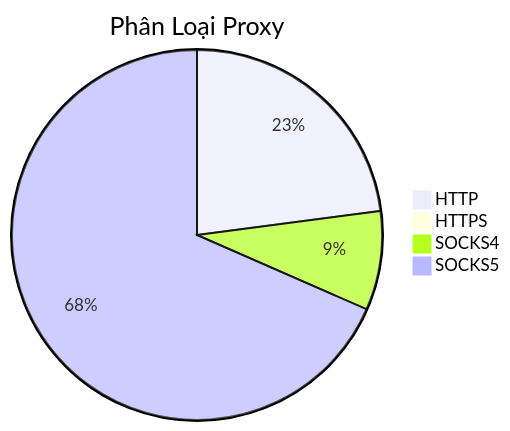
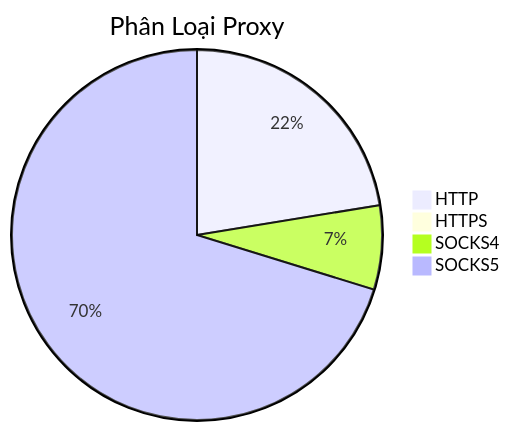
The diagram in README.md (Ciara-12/PROXY-free), drawn with Mermaid before and after one commit. The commit also changed other lines of this file and 4 other files, not shown here.

````diff
--- a/README.md
+++ b/README.md
@@ -26,7 +26,7 @@
 ```mermaid
 pie title Phân Loại Proxy
-    "HTTP" : 1334
-    "HTTPS" : 2
-    "SOCKS4" : 503
-    "SOCKS5" : 3982
+    "HTTP" : 1219
+    "HTTPS" : 1
+    "SOCKS4" : 399
+    "SOCKS5" : 3818
 ```
````
